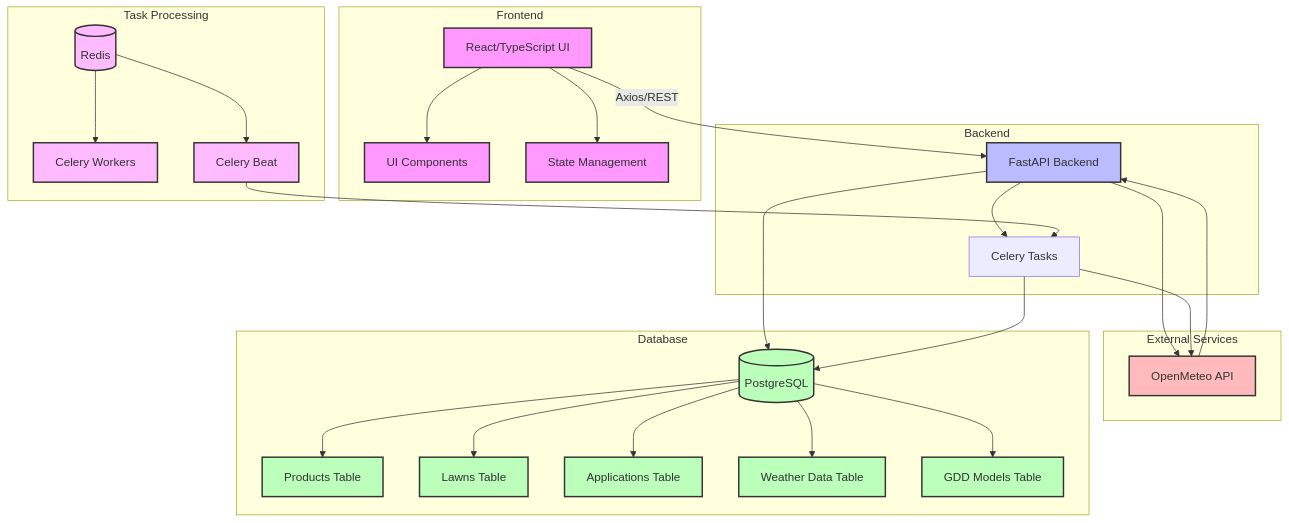
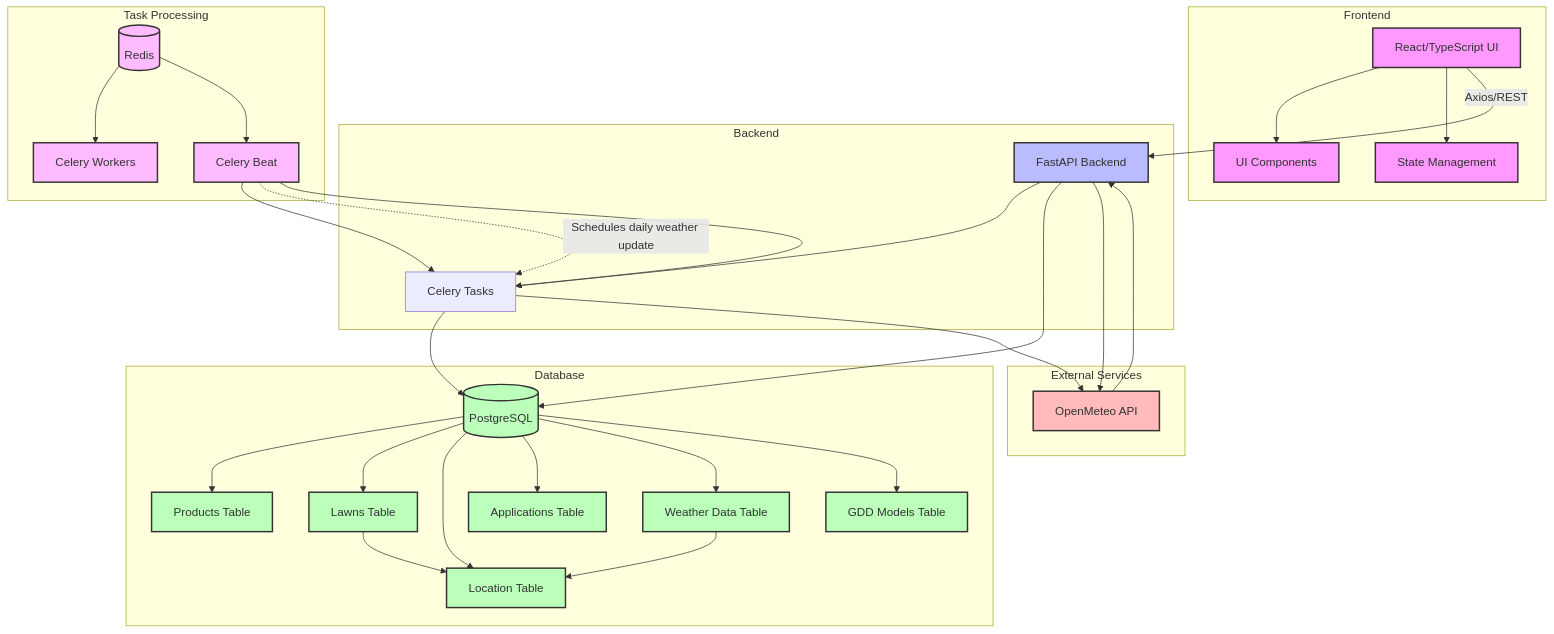
One commit to RunOnYourOwn/TurfTrack changed the diagram in docs/architecture.mermaid. Above: the diagram before and after it, drawn with Mermaid. The commit also changed 3 other files, not shown here.

```diff
--- a/docs/architecture.mermaid
+++ b/docs/architecture.mermaid
@@ -1,60 +1,68 @@
 graph TB
     subgraph Frontend
         UI[React/TypeScript UI]
         Components[UI Components]
         State[State Management]
         UI --> Components
         UI --> State
     end
 
     subgraph Backend
         API[FastAPI Backend]
         Tasks[Celery Tasks]
         API --> Tasks
     end
 
     subgraph External Services
         Weather[OpenMeteo API]
         Weather --> API
     end
 
     subgraph Database
         DB[(PostgreSQL)]
         Products[Products Table]
         Lawns[Lawns Table]
+        Locations[Location Table]
         Applications[Applications Table]
         WeatherData[Weather Data Table]
         GDDModels[GDD Models Table]
         DB --> Products
         DB --> Lawns
+        DB --> Locations
         DB --> Applications
         DB --> WeatherData
         DB --> GDDModels
+        Lawns --> Locations
+        WeatherData --> Locations
     end
 
     subgraph Task Processing
         Redis[(Redis)]
         Celery[Celery Workers]
         Beat[Celery Beat]
         Redis --> Celery
         Redis --> Beat
+        Beat --> Tasks
+        Beat -. Schedules daily weather update .-> Tasks
     end
 
     UI -- "Axios/REST" --> API
     API --> DB
     Tasks --> DB
     Beat --> Tasks
     API --> Weather
     Tasks --> Weather
 
     classDef frontend fill:#f9f,stroke:#333,stroke-width:2px
     classDef backend fill:#bbf,stroke:#333,stroke-width:2px
     classDef database fill:#bfb,stroke:#333,stroke-width:2px
     classDef external fill:#fbb,stroke:#333,stroke-width:2px
     classDef tasks fill:#fbf,stroke:#333,stroke-width:2px
 
     class UI,Components,State frontend
     class API backend
-    class DB,Products,Lawns,Applications,WeatherData,GDDModels database
+    class DB,Products,Lawns,Applications,WeatherData,GDDModels,Locations database
     class Weather external
     class Redis,Celery,Beat tasks
+
+    %% Note: WeatherData is deduplicated per Location, not per Lawn. Beat schedules daily updates.
```
